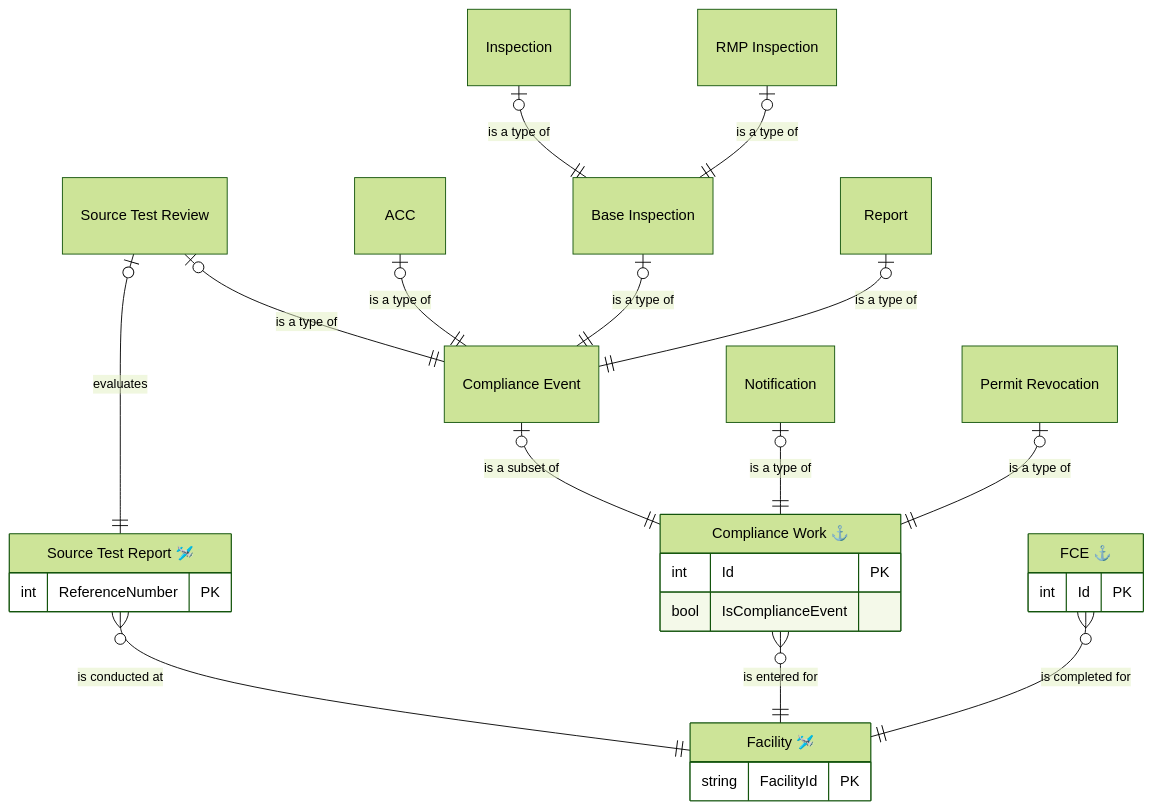
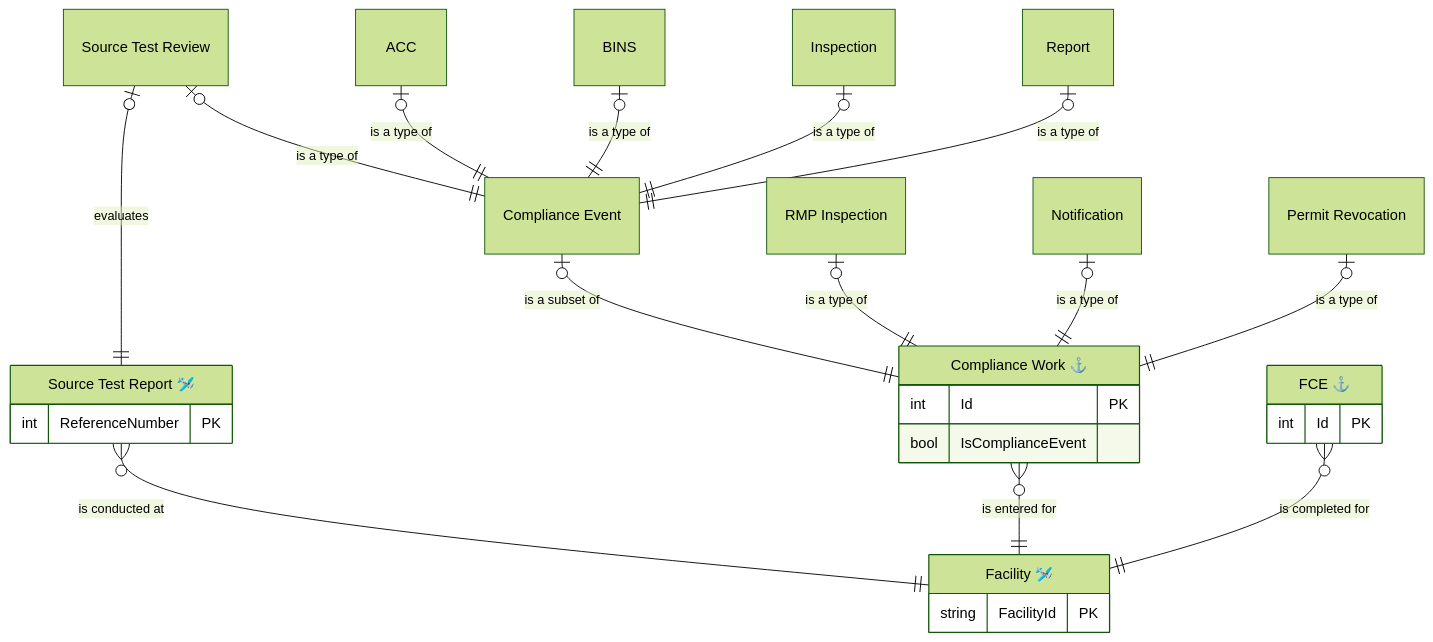
One commit to gaepdit/air-web changed the first of 8 diagrams in docs/Data-entities/Compliance-Monitoring-ERDs.md. Above: the diagram before and after it, drawn with Mermaid (forest theme). The commit also changed 2 other files, not shown here.

Commit message:
Refactor the reportable enforcement action flag

````diff
--- a/docs/Data-entities/Compliance-Monitoring-ERDs.md
+++ b/docs/Data-entities/Compliance-Monitoring-ERDs.md
@@ -5,43 +5,42 @@
 ```mermaid
 erDiagram
     FAC["Facility 🛩️"] {
         string FacilityId PK
     }
 
     TST["Source Test Report 🛩️"] {
         int ReferenceNumber PK
     }
 
     FCE["FCE ⚓"] {
         int Id PK
     }
 
     WRK["Compliance Work ⚓"] {
         int Id PK
         bool IsComplianceEvent
     }
 
     CME["Compliance Event"]
     STR["Source Test Review"]
     ACC["ACC"]
-    BINS["Base Inspection"]
     INS["Inspection"]
     RMP["RMP Inspection"]
     REP["Report"]
     NOT["Notification"]
     REV["Permit Revocation"]
     STR |o--|| CME: "is a type of"
     ACC |o--|| CME: "is a type of"
     BINS |o--|| CME: "is a type of"
-    INS |o--|| BINS: "is a type of"
-    RMP |o--|| BINS: "is a type of"
+    INS |o--|| CME: "is a type of"
     REP |o--|| CME: "is a type of"
     CME |o--|| WRK: "is a subset of"
+    RMP |o--|| WRK: "is a type of"
     NOT |o--|| WRK: "is a type of"
     REV |o--|| WRK: "is a type of"
     STR |o--|| TST: "evaluates"
     TST }o--|| FAC: "is conducted at"
     WRK }o--|| FAC: "is entered for"
     FCE }o--|| FAC: "is completed for"
 
 ```
````
